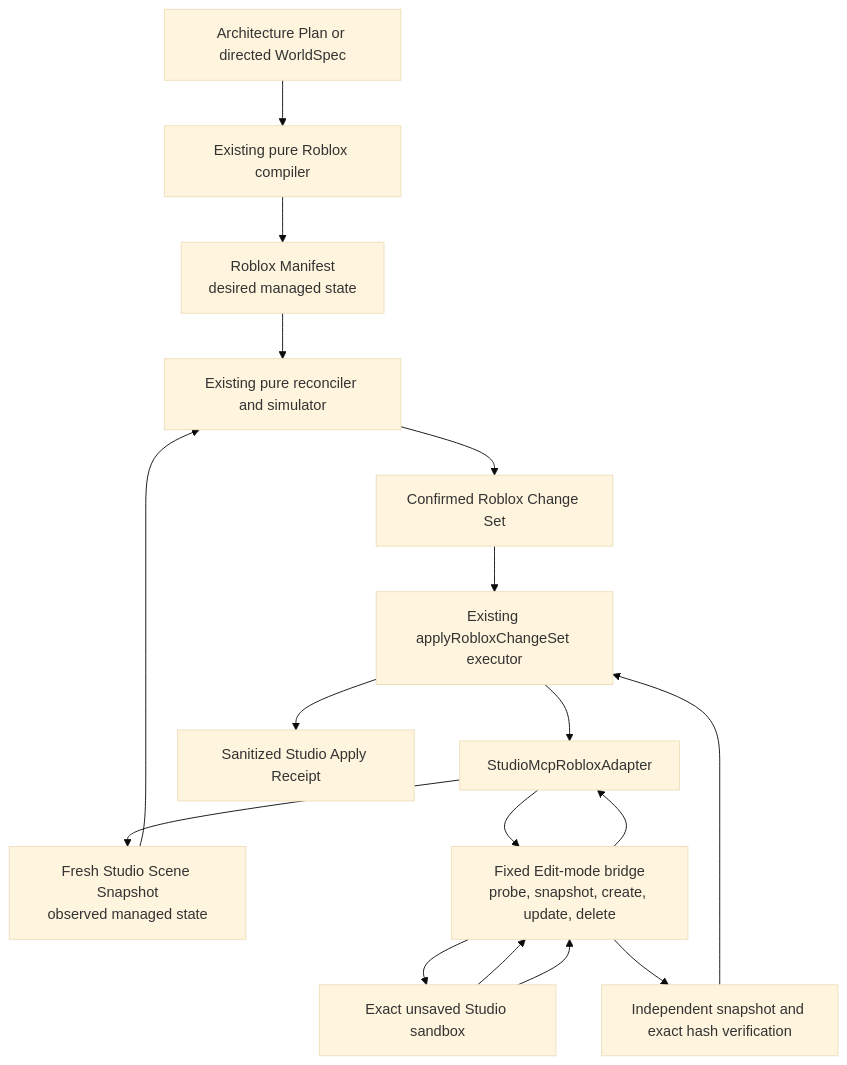
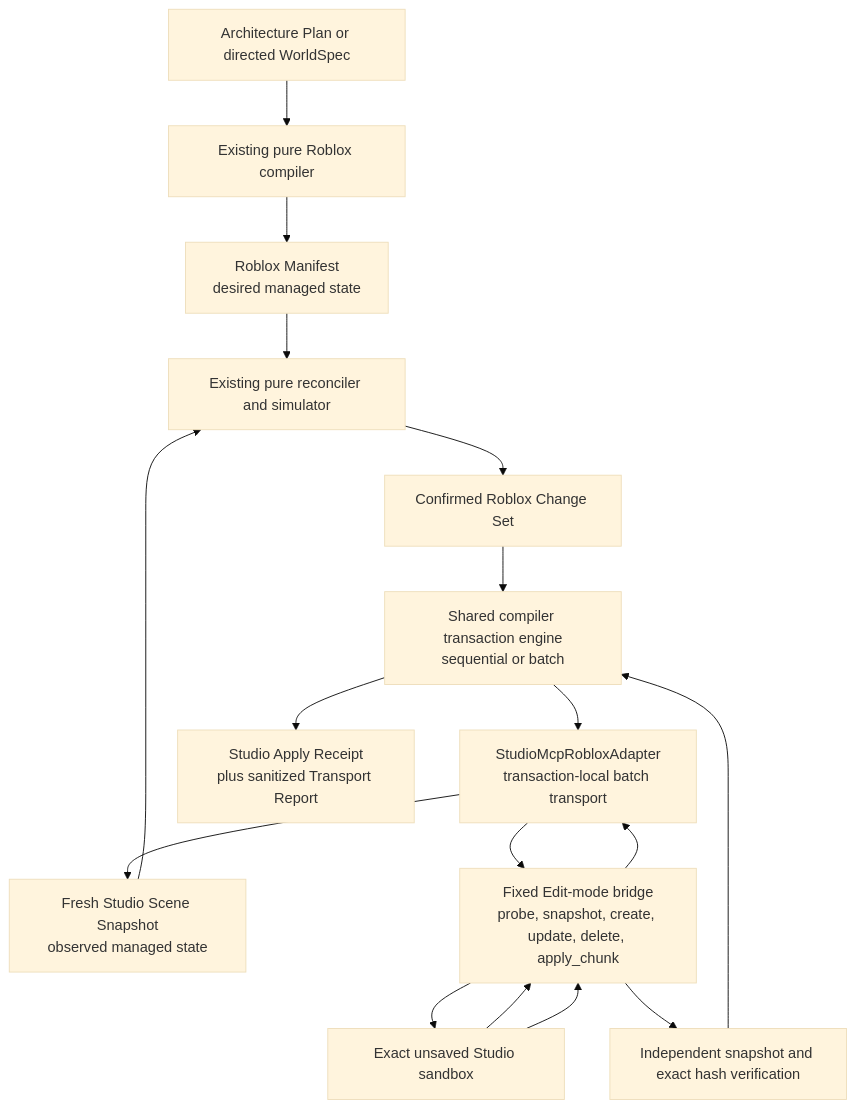
The diagram in docs/architecture/studio-mcp-adapter.md (kotonja/Worldwright), drawn with Mermaid (base theme) before and after one commit. The commit also changed other lines of this file and 89 other files, not shown here.

````diff
--- a/docs/architecture/studio-mcp-adapter.md
+++ b/docs/architecture/studio-mcp-adapter.md
@@ -19,23 +22,23 @@
 ```mermaid
 flowchart TD
     Intent["Architecture Plan or directed WorldSpec"]
     Compiler["Existing pure Roblox compiler"]
     Manifest["Roblox Manifest<br/>desired managed state"]
     Snapshot["Fresh Studio Scene Snapshot<br/>observed managed state"]
     Reconcile["Existing pure reconciler and simulator"]
     ChangeSet["Confirmed Roblox Change Set"]
-    Transaction["Existing applyRobloxChangeSet executor"]
-    Adapter["StudioMcpRobloxAdapter"]
-    Bridge["Fixed Edit-mode bridge<br/>probe, snapshot, create, update, delete"]
+    Transaction["Shared compiler transaction engine<br/>sequential or batch"]
+    Adapter["StudioMcpRobloxAdapter<br/>transaction-local batch transport"]
+    Bridge["Fixed Edit-mode bridge<br/>probe, snapshot, create, update, delete, apply_chunk"]
     Studio["Exact unsaved Studio sandbox"]
     Verify["Independent snapshot and exact hash verification"]
-    Receipt["Sanitized Studio Apply Receipt"]
+    Receipt["Studio Apply Receipt<br/>plus sanitized Transport Report"]
 
     Intent --> Compiler --> Manifest
     Studio --> Bridge --> Adapter --> Snapshot
     Manifest --> Reconcile
     Snapshot --> Reconcile --> ChangeSet --> Transaction
     Transaction --> Adapter --> Bridge --> Studio
     Studio --> Bridge --> Verify --> Transaction
     Transaction --> Receipt
 ```
````
